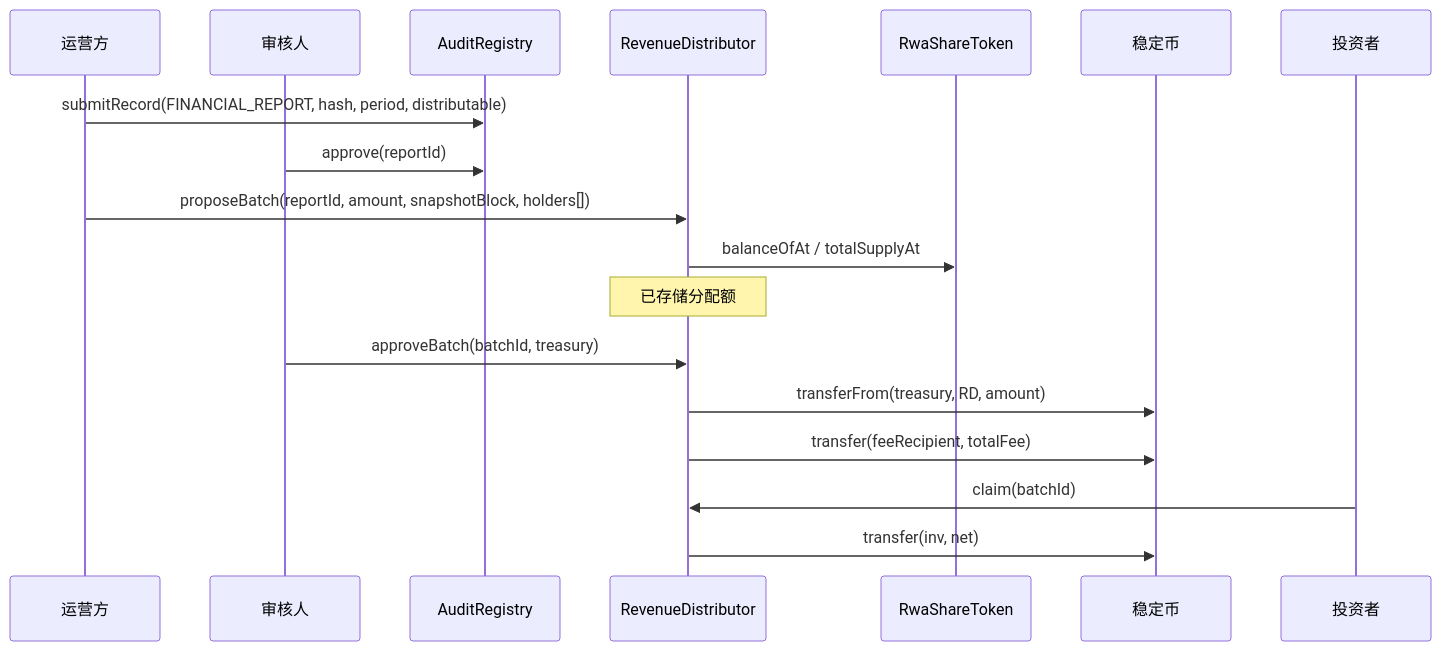
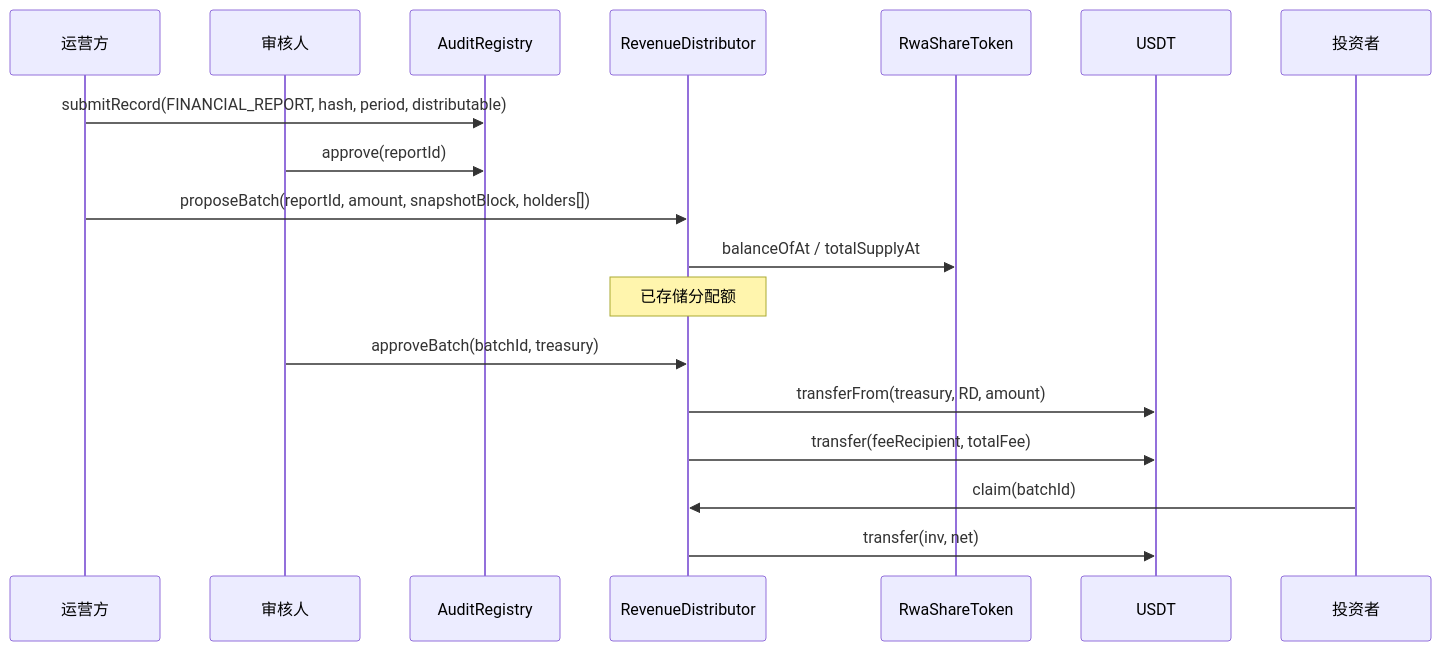
Before and after one commit to AgntSpark1/Roboshare: the second of 2 diagrams in docs/SMART_CONTRACT_SPEC.md, drawn with Mermaid. The commit also changed other lines of this file and 11 other files, not shown here.

````diff
--- a/docs/SMART_CONTRACT_SPEC.md
+++ b/docs/SMART_CONTRACT_SPEC.md
@@ -350,20 +383,20 @@
 ```mermaid
 sequenceDiagram
   participant Op as 运营方
   participant Rev as 审核人
   participant AUD as AuditRegistry
   participant RD as RevenueDistributor
   participant T as RwaShareToken
-  participant SC as 稳定币
+  participant SC as USDT
   participant Inv as 投资者
   Op->>AUD: submitRecord(FINANCIAL_REPORT, hash, period, distributable)
   Rev->>AUD: approve(reportId)
   Op->>RD: proposeBatch(reportId, amount, snapshotBlock, holders[])
   RD->>T: balanceOfAt / totalSupplyAt
   Note over RD: 已存储分配额
   Rev->>RD: approveBatch(batchId, treasury)
   RD->>SC: transferFrom(treasury, RD, amount)
   RD->>SC: transfer(feeRecipient, totalFee)
   Inv->>RD: claim(batchId)
   RD->>SC: transfer(inv, net)
 ```
````
